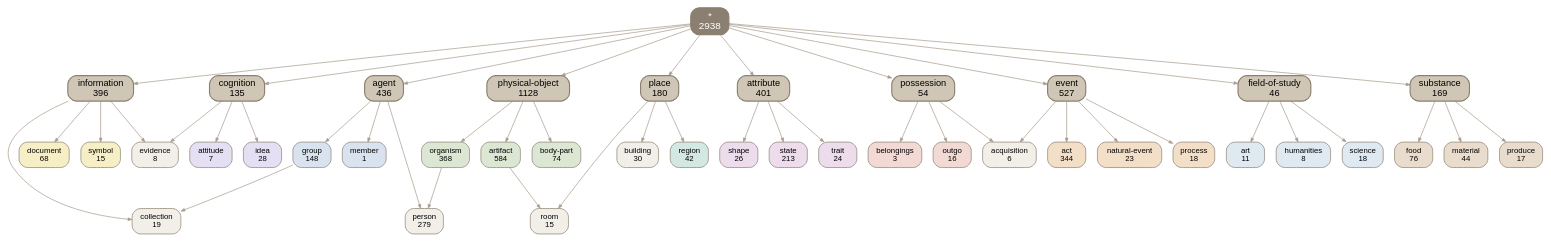
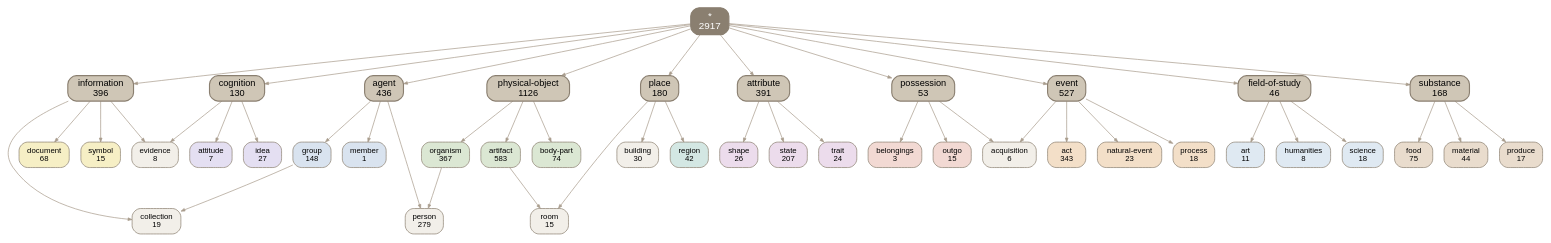
Before and after one commit to petfold/ontodag-core: the diagram in docs/img/top.dot, drawn with Graphviz. The commit also changed 29 other files, not shown here.

```diff
--- a/docs/img/top.dot
+++ b/docs/img/top.dot
@@ -1,92 +1,92 @@
 digraph core {
   root="*"; rankdir=TB; ranksep=0.8; nodesep=0.22; splines=true; outputorder=edgesfirst;
   node [shape=box, style="rounded,filled", color="#8a7f70", fontname=Helvetica, fontsize=11];
   edge [color="#a89c8c", arrowsize=0.55];
-  "*" [label="*\n2938" fillcolor="#8a7f70" fontcolor="white" fontsize=14 penwidth=1.6];
+  "*" [label="*\n2917" fillcolor="#8a7f70" fontcolor="white" fontsize=14 penwidth=1.6];
   "*" -> "agent";
   "*" -> "attribute";
   "*" -> "cognition";
   "*" -> "event";
   "*" -> "field-of-study";
   "*" -> "information";
   "*" -> "physical-object";
   "*" -> "place";
   "*" -> "possession";
   "*" -> "substance";
   "acquisition" [label="acquisition\n6" fillcolor="#f2efe9"];
-  "act" [label="act\n344" fillcolor="#f3dfc8"];
+  "act" [label="act\n343" fillcolor="#f3dfc8"];
   "agent" [label="agent\n436" fillcolor="#cfc6b6" fontsize=13 penwidth=1.6];
   "art" [label="art\n11" fillcolor="#dfe9f2"];
-  "artifact" [label="artifact\n584" fillcolor="#dbe7d3"];
+  "artifact" [label="artifact\n583" fillcolor="#dbe7d3"];
   "attitude" [label="attitude\n7" fillcolor="#e4dff2"];
-  "attribute" [label="attribute\n401" fillcolor="#cfc6b6" fontsize=13 penwidth=1.6];
+  "attribute" [label="attribute\n391" fillcolor="#cfc6b6" fontsize=13 penwidth=1.6];
   "belongings" [label="belongings\n3" fillcolor="#f2d9d3"];
   "body-part" [label="body-part\n74" fillcolor="#dbe7d3"];
   "building" [label="building\n30" fillcolor="#f2efe9"];
-  "cognition" [label="cognition\n135" fillcolor="#cfc6b6" fontsize=13 penwidth=1.6];
+  "cognition" [label="cognition\n130" fillcolor="#cfc6b6" fontsize=13 penwidth=1.6];
   "collection" [label="collection\n19" fillcolor="#f2efe9"];
   "document" [label="document\n68" fillcolor="#f6efc5"];
   "event" [label="event\n527" fillcolor="#cfc6b6" fontsize=13 penwidth=1.6];
   "evidence" [label="evidence\n8" fillcolor="#f2efe9"];
   "field-of-study" [label="field-of-study\n46" fillcolor="#cfc6b6" fontsize=13 penwidth=1.6];
-  "food" [label="food\n76" fillcolor="#e9dccd"];
+  "food" [label="food\n75" fillcolor="#e9dccd"];
   "group" [label="group\n148" fillcolor="#d9e3ef"];
   "humanities" [label="humanities\n8" fillcolor="#dfe9f2"];
-  "idea" [label="idea\n28" fillcolor="#e4dff2"];
+  "idea" [label="idea\n27" fillcolor="#e4dff2"];
   "information" [label="information\n396" fillcolor="#cfc6b6" fontsize=13 penwidth=1.6];
   "material" [label="material\n44" fillcolor="#e9dccd"];
   "member" [label="member\n1" fillcolor="#d9e3ef"];
   "natural-event" [label="natural-event\n23" fillcolor="#f3dfc8"];
-  "organism" [label="organism\n368" fillcolor="#dbe7d3"];
-  "outgo" [label="outgo\n16" fillcolor="#f2d9d3"];
+  "organism" [label="organism\n367" fillcolor="#dbe7d3"];
+  "outgo" [label="outgo\n15" fillcolor="#f2d9d3"];
   "person" [label="person\n279" fillcolor="#f2efe9"];
-  "physical-object" [label="physical-object\n1128" fillcolor="#cfc6b6" fontsize=13 penwidth=1.6];
+  "physical-object" [label="physical-object\n1126" fillcolor="#cfc6b6" fontsize=13 penwidth=1.6];
   "place" [label="place\n180" fillcolor="#cfc6b6" fontsize=13 penwidth=1.6];
-  "possession" [label="possession\n54" fillcolor="#cfc6b6" fontsize=13 penwidth=1.6];
+  "possession" [label="possession\n53" fillcolor="#cfc6b6" fontsize=13 penwidth=1.6];
   "process" [label="process\n18" fillcolor="#f3dfc8"];
   "produce" [label="produce\n17" fillcolor="#e9dccd"];
   "region" [label="region\n42" fillcolor="#d3e7e3"];
   "room" [label="room\n15" fillcolor="#f2efe9"];
   "science" [label="science\n18" fillcolor="#dfe9f2"];
   "shape" [label="shape\n26" fillcolor="#ecdcec"];
-  "state" [label="state\n213" fillcolor="#ecdcec"];
-  "substance" [label="substance\n169" fillcolor="#cfc6b6" fontsize=13 penwidth=1.6];
+  "state" [label="state\n207" fillcolor="#ecdcec"];
+  "substance" [label="substance\n168" fillcolor="#cfc6b6" fontsize=13 penwidth=1.6];
   "symbol" [label="symbol\n15" fillcolor="#f6efc5"];
   "trait" [label="trait\n24" fillcolor="#ecdcec"];
   { rank=same; "agent" "attribute" "cognition" "event" "field-of-study" "information" "physical-object" "place" "possession" "substance" }
-  "cognition" -> "idea";
-  "substance" -> "food";
-  "event" -> "process";
-  "field-of-study" -> "humanities";
-  "event" -> "natural-event";
-  "agent" -> "member";
-  "artifact" -> "room";
-  "place" -> "room";
-  "substance" -> "material";
-  "substance" -> "produce";
-  "attribute" -> "state";
-  "event" -> "act";
-  "physical-object" -> "body-part";
-  "event" -> "acquisition";
-  "possession" -> "acquisition";
-  "cognition" -> "evidence";
-  "information" -> "evidence";
-  "cognition" -> "attitude";
-  "information" -> "document";
-  "attribute" -> "shape";
-  "field-of-study" -> "art";
-  "physical-object" -> "artifact";
-  "place" -> "region";
-  "information" -> "symbol";
-  "field-of-study" -> "science";
-  "possession" -> "outgo";
-  "place" -> "building";
-  "group" -> "collection";
-  "information" -> "collection";
-  "agent" -> "group";
   "possession" -> "belongings";
   "agent" -> "person";
   "organism" -> "person";
+  "event" -> "acquisition";
+  "possession" -> "acquisition";
+  "field-of-study" -> "science";
+  "group" -> "collection";
+  "information" -> "collection";
+  "physical-object" -> "body-part";
+  "cognition" -> "idea";
+  "substance" -> "food";
+  "agent" -> "member";
+  "cognition" -> "attitude";
+  "substance" -> "produce";
+  "place" -> "building";
+  "possession" -> "outgo";
+  "substance" -> "material";
+  "physical-object" -> "artifact";
+  "event" -> "process";
+  "place" -> "region";
+  "event" -> "natural-event";
+  "field-of-study" -> "humanities";
+  "agent" -> "group";
+  "information" -> "symbol";
+  "information" -> "document";
+  "artifact" -> "room";
+  "place" -> "room";
+  "attribute" -> "shape";
   "physical-object" -> "organism";
+  "cognition" -> "evidence";
+  "information" -> "evidence";
   "attribute" -> "trait";
+  "event" -> "act";
+  "attribute" -> "state";
+  "field-of-study" -> "art";
 }
```
